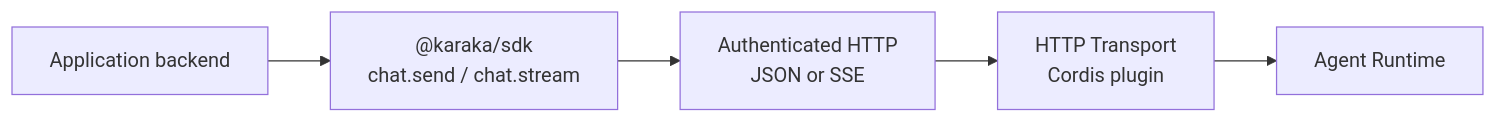
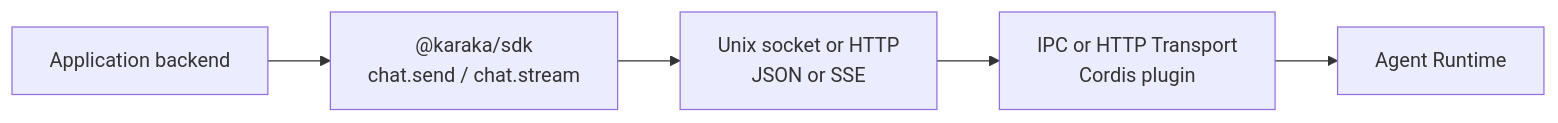
The fifth of 6 diagrams in docs/architecture.md (karaka-ai/karaka), drawn with Mermaid before and after one commit. The commit also changed other lines of this file and 12 other files, not shown here.

Commit message:
feat: add Unix socket IPC transport

````diff
--- a/docs/architecture.md
+++ b/docs/architecture.md
@@ -382,13 +382,13 @@
 ```mermaid
 flowchart LR
   Application["Application backend"]
   SDK["@karaka/sdk<br/>chat.send / chat.stream"]
-  HTTP["Authenticated HTTP<br/>JSON or SSE"]
-  Transport["HTTP Transport<br/>Cordis plugin"]
+  Carrier["Unix socket or HTTP<br/>JSON or SSE"]
+  Transport["IPC or HTTP Transport<br/>Cordis plugin"]
   Runtime["Agent Runtime"]
 
   Application --> SDK
-  SDK --> HTTP
-  HTTP --> Transport
+  SDK --> Carrier
+  Carrier --> Transport
   Transport --> Runtime
 ```
````
